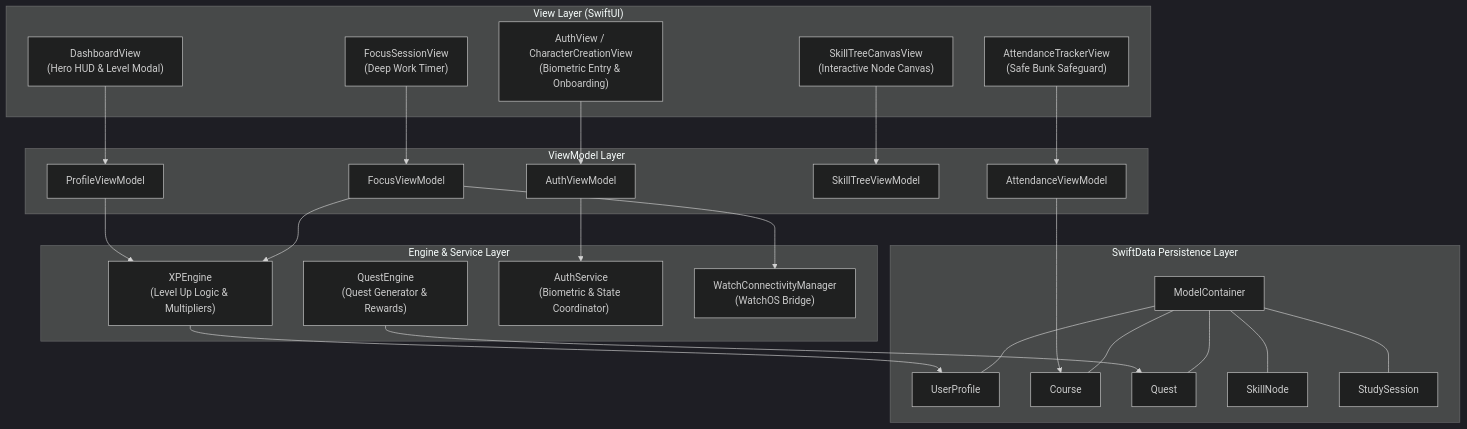
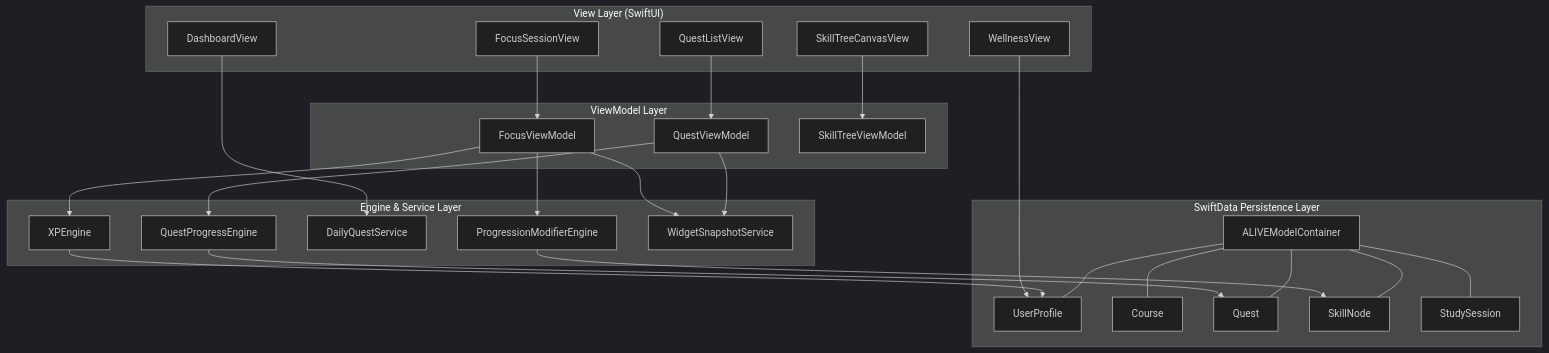
Before and after one commit to Aadishah17/alive: the diagram in README.md, drawn with Mermaid (dark theme). The commit also changed other lines of this file and 15 other files, not shown here.

Commit message:
refactor: remove HealthKitManager and FocusReminderManager while adding new dashboard layout components

````diff
--- a/README.md
+++ b/README.md
@@ -153,55 +150,55 @@
 ```mermaid
 flowchart TD
     subgraph UI ["View Layer (SwiftUI)"]
-        DashboardView["DashboardView\n(Hero HUD & Level Modal)"]
-        AttendanceView["AttendanceTrackerView\n(Safe Bunk Safeguard)"]
-        FocusView["FocusSessionView\n(Deep Work Timer)"]
-        SkillTreeView["SkillTreeCanvasView\n(Interactive Node Canvas)"]
-        AuthView["AuthView / CharacterCreationView\n(Biometric Entry & Onboarding)"]
+        DashboardView["DashboardView"]
+        FocusView["FocusSessionView"]
+        QuestView["QuestListView"]
+        WellnessView["WellnessView"]
+        SkillTreeView["SkillTreeCanvasView"]
     end
 
     subgraph VM ["ViewModel Layer"]
-        ProfileVM["ProfileViewModel"]
-        AttendanceVM["AttendanceViewModel"]
         FocusVM["FocusViewModel"]
+        QuestVM["QuestViewModel"]
         SkillTreeVM["SkillTreeViewModel"]
-        AuthVM["AuthViewModel"]
     end
 
     subgraph Services ["Engine & Service Layer"]
-        XPEngine["XPEngine\n(Level Up Logic & Multipliers)"]
-        QuestEngine["QuestEngine\n(Quest Generator & Rewards)"]
-        AuthService["AuthService\n(Biometric & State Coordinator)"]
-        WatchManager["WatchConnectivityManager\n(WatchOS Bridge)"]
+        XPEngine["XPEngine"]
+        QuestEngine["QuestProgressEngine"]
+        DailyQuestService["DailyQuestService"]
+        ProgressionEngine["ProgressionModifierEngine"]
+        WidgetSnapshot["WidgetSnapshotService"]
     end
 
     subgraph Storage ["SwiftData Persistence Layer"]
-        ModelContainer["ModelContainer"]
+        ModelContainer["ALIVEModelContainer"]
         UserProfile["UserProfile"]
         Course["Course"]
         Quest["Quest"]
         SkillNode["SkillNode"]
         StudySession["StudySession"]
     end
 
-    DashboardView --> ProfileVM
-    AttendanceView --> AttendanceVM
     FocusView --> FocusVM
+    QuestView --> QuestVM
     SkillTreeView --> SkillTreeVM
-    AuthView --> AuthVM
 
-    AuthVM --> AuthService
-    ProfileVM --> XPEngine
-    AttendanceVM --> Course
     FocusVM --> XPEngine
-    FocusVM --> WatchManager
-    
+    FocusVM --> ProgressionEngine
+    FocusVM --> WidgetSnapshot
+    QuestVM --> QuestEngine
+    QuestVM --> WidgetSnapshot
+    DashboardView --> DailyQuestService
+    WellnessView --> UserProfile
+
     XPEngine --> UserProfile
     QuestEngine --> Quest
-    
+    ProgressionEngine --> SkillNode
+
     ModelContainer --- UserProfile
     ModelContainer --- Course
     ModelContainer --- Quest
     ModelContainer --- SkillNode
     ModelContainer --- StudySession
 ```
````
